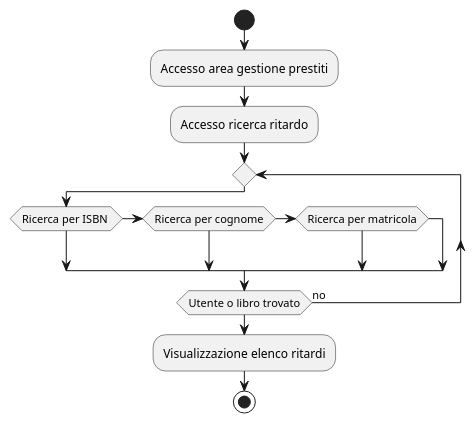
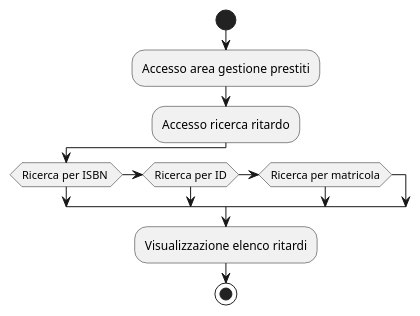
The diagram in Progettazione/AllDiagramsCode/ActivityDiagramsCode/RicercaRitardo.wsd (amalinconico6-cpu/Biblioteca_universitaria_10), drawn with PlantUML before and after one commit. The commit also changed 3 other files, not shown here.

Commit message:
Modifica diagrammi di attività Prestiti

```diff
--- a/Progettazione/AllDiagramsCode/ActivityDiagramsCode/RicercaRitardo.wsd
+++ b/Progettazione/AllDiagramsCode/ActivityDiagramsCode/RicercaRitardo.wsd
@@ -1,19 +1,19 @@
 @startuml RicercaRitardo
 
 start 
 
 :Accesso area gestione prestiti;
 :Accesso ricerca ritardo;
 
-repeat
+
 if(Ricerca per ISBN ) then
-elseif(Ricerca per cognome) then
+elseif(Ricerca per ID) then
 elseif(Ricerca per matricola) then 
 endif
-repeat while (Utente o libro trovato) is(no)
+
 
 :Visualizzazione elenco ritardi;
 
 stop 
 
 @enduml 
```
